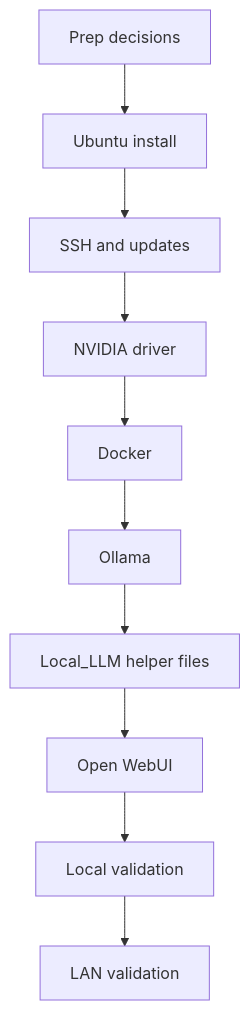
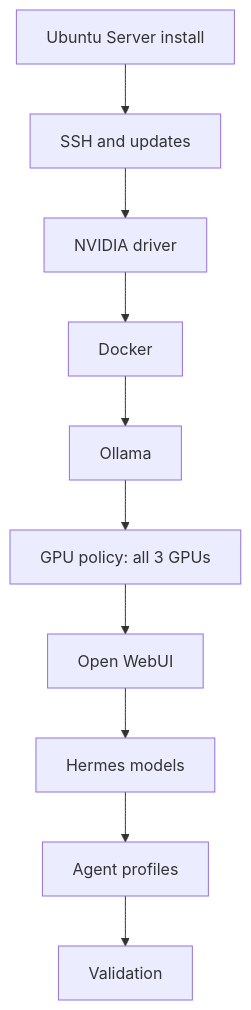
The diagram in docs/ubuntu-24.04-install-runbook.md (DanD-2/Local_Skippy), drawn with Mermaid before and after one commit. The commit also changed other lines of this file and 31 other files, not shown here.

First line of the commit message:
refactor: align repo to dedicated multi-agent AI server direction

````diff
--- a/docs/ubuntu-24.04-install-runbook.md
+++ b/docs/ubuntu-24.04-install-runbook.md
@@ -25,12 +22,12 @@
 ```mermaid
 flowchart TD
-    A[Prep decisions] --> B[Ubuntu install]
-    B --> C[SSH and updates]
-    C --> D[NVIDIA driver]
-    D --> E[Docker]
-    E --> F[Ollama]
-    F --> G[Local_LLM helper files]
-    G --> H[Open WebUI]
-    H --> I[Local validation]
-    I --> J[LAN validation]
+    A[Ubuntu Server install] --> B[SSH and updates]
+    B --> C[NVIDIA driver]
+    C --> D[Docker]
+    D --> E[Ollama]
+    E --> F[GPU policy: all 3 GPUs]
+    F --> G[Open WebUI]
+    G --> H[Hermes models]
+    H --> I[Agent profiles]
+    I --> J[Validation]
 ```
````
